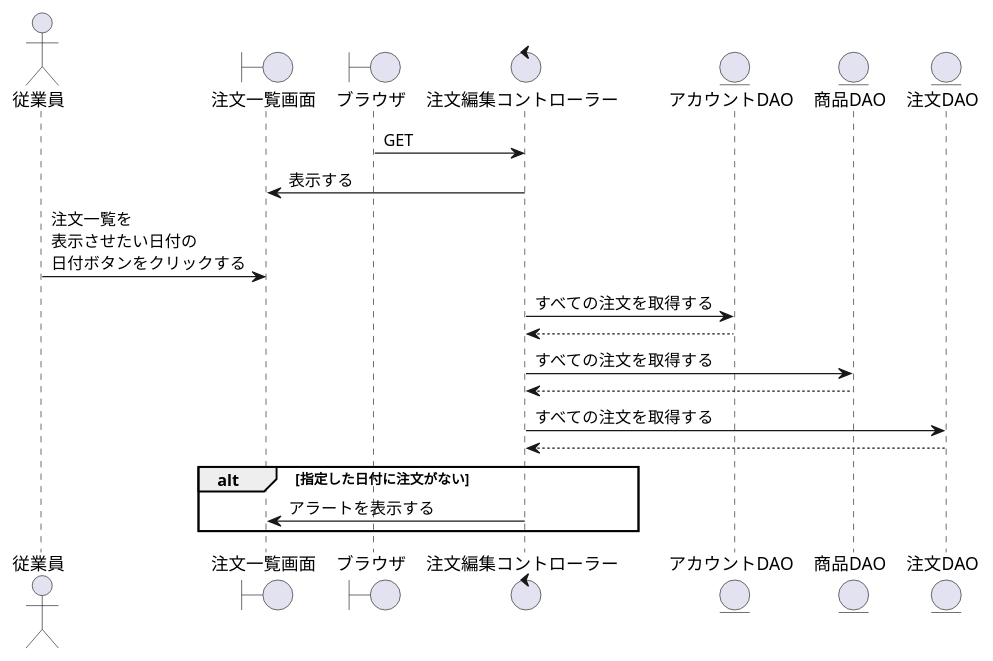
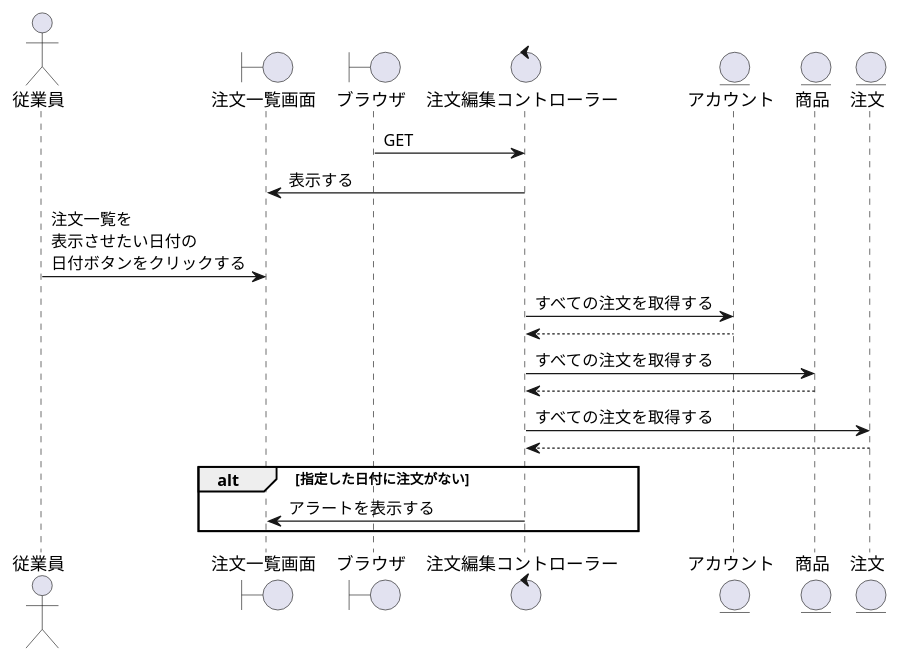
The diagram in BBショップ/注文一覧.wsd (ysyk-wtnb16/team_D), drawn with PlantUML before and after one commit. The commit also changed 3 other files, not shown here.

```diff
--- a/BBショップ/注文一覧.wsd
+++ b/BBショップ/注文一覧.wsd
@@ -1,31 +1,31 @@
 @startuml list
 ' ①縦軸の並び順を決める
 actor "従業員" as act
 boundary "注文一覧画面" as oeb
 ' コントローラーに初回アクセスするもの
 boundary "ブラウザ" as brz
 ' コントローラーまたはビューの名称を決める
 control "注文編集コントローラー" as oec
 ' DAOまたはモデルとなる
-entity "アカウントDAO" as account
-entity "商品DAO" as pdt
-entity "注文DAO" as order
+entity "アカウント" as account
+entity "商品" as pdt
+entity "注文" as order
 
 brz -> oec: GET
 
 oeb <- oec:表示する
 
 act -> oeb:注文一覧を\n表示させたい日付の\n日付ボタンをクリックする
 
 oec -> account:すべての注文を取得する
 account --> oec
 oec -> pdt:すべての注文を取得する
 pdt --> oec
 oec -> order:すべての注文を取得する
 order --> oec
 
 alt 指定した日付に注文がない
     oeb <- oec:アラートを表示する
 end
 
 @enduml
```
